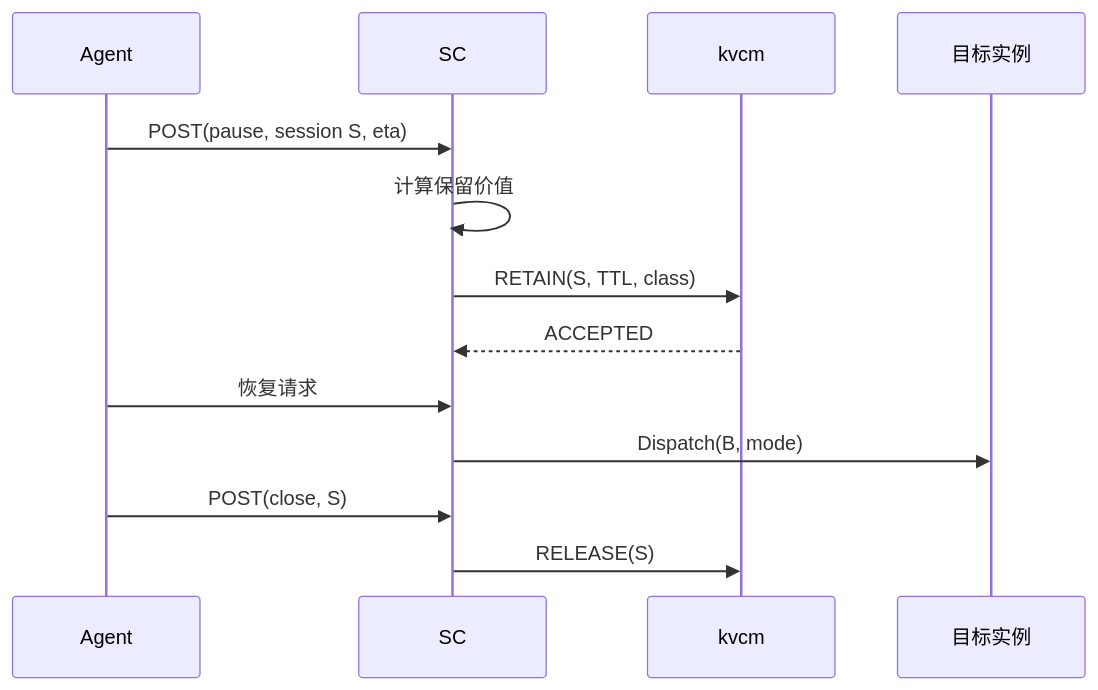
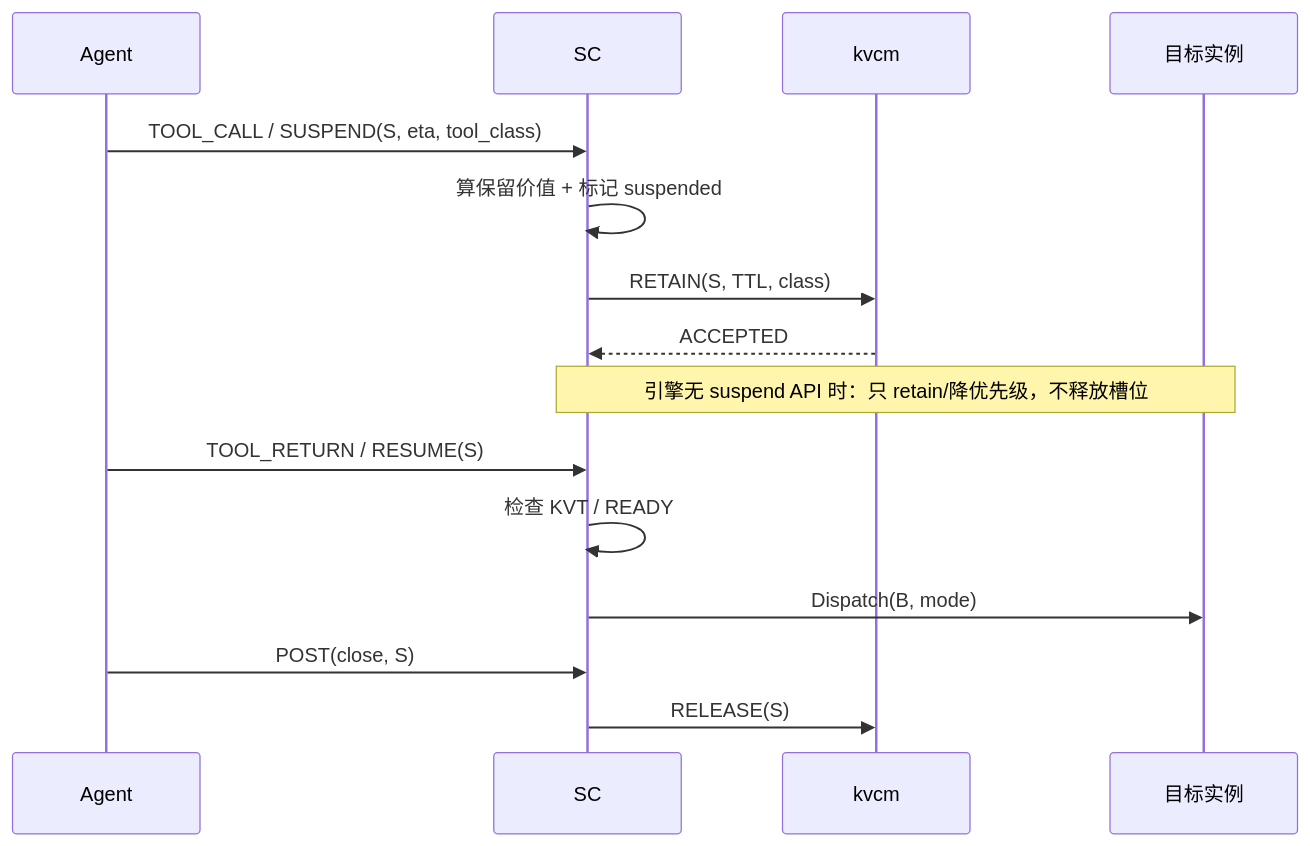
The fourth of 9 diagrams in kvcm/design/D8b-scheduling-sequences.md (5x8-40/lake), drawn with Mermaid before and after one commit. The commit also changed other lines of this file and 4 other files, not shown here.

First line of the commit message:
docs(kvcm): 补工具等待 suspend/resume、P_return TTL 与会话级指标

````diff
--- a/kvcm/design/D8b-scheduling-sequences.md
+++ b/kvcm/design/D8b-scheduling-sequences.md
@@ -108,16 +108,18 @@
 ```mermaid
 sequenceDiagram
     participant A as Agent
     participant R as SC
     participant K as kvcm
     participant W as 目标实例
 
-    A->>R: POST(pause, session S, eta)
-    R->>R: 计算保留价值
+    A->>R: TOOL_CALL / SUSPEND(S, eta, tool_class)
+    R->>R: 算保留价值 + 标记 suspended
     R->>K: RETAIN(S, TTL, class)
     K-->>R: ACCEPTED
-    A->>R: 恢复请求
+    Note over R,W: 引擎无 suspend API 时：只 retain/降优先级，不释放槽位
+    A->>R: TOOL_RETURN / RESUME(S)
+    R->>R: 检查 KVT / READY
     R->>W: Dispatch(B, mode)
     A->>R: POST(close, S)
     R->>K: RELEASE(S)
 ```
````
